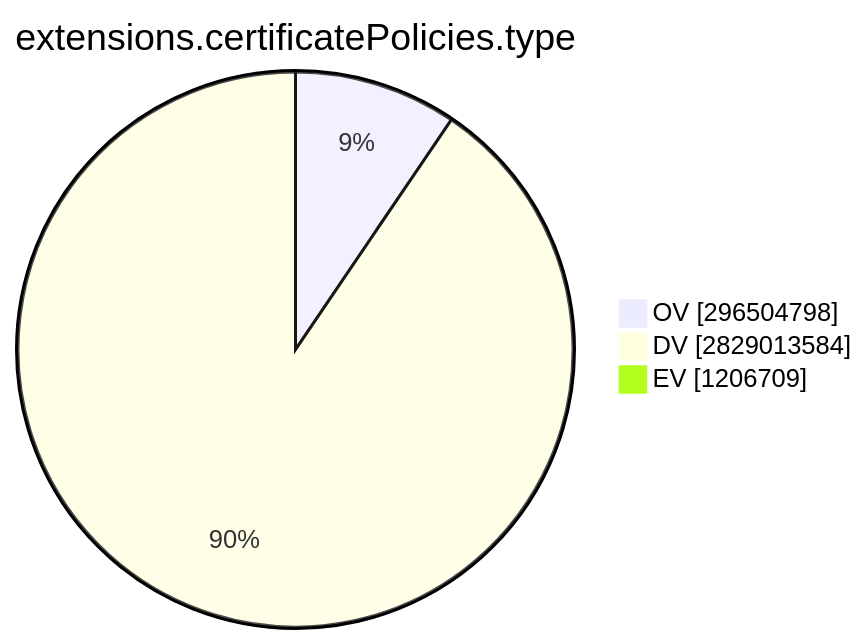
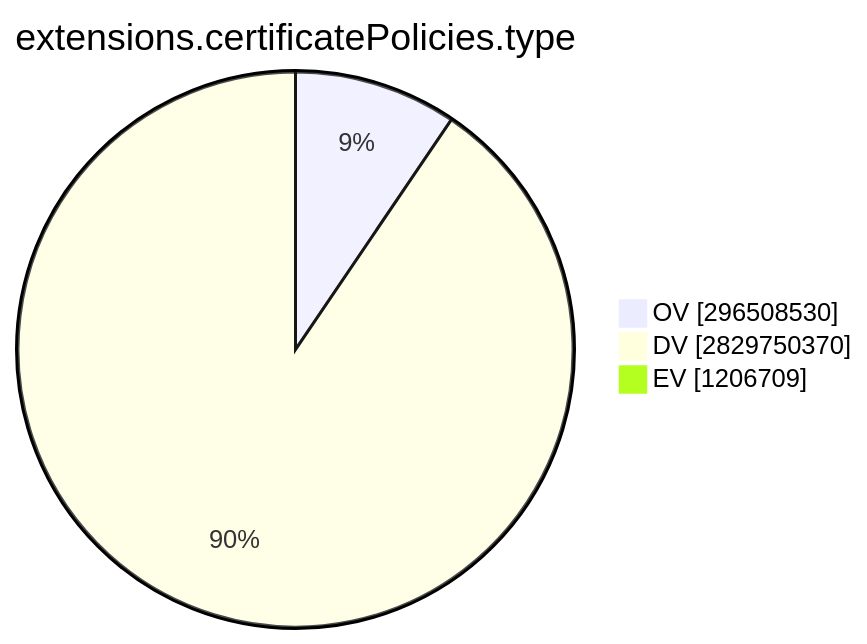
The ninth of 15 diagrams in TOTAL/README.md (christiankrug/ctmonitor_visualization), drawn with Mermaid before and after one commit. The commit also changed other lines of this file, not shown here.

````diff
--- a/TOTAL/README.md
+++ b/TOTAL/README.md
@@ -3099,7 +3099,7 @@
 ```mermaid
 pie showData
 title extensions.certificatePolicies.type
-"OV" :296504798
-"DV" :2829013584
+"OV" :296508530
+"DV" :2829750370
 "EV" :1206709
 ```
````
